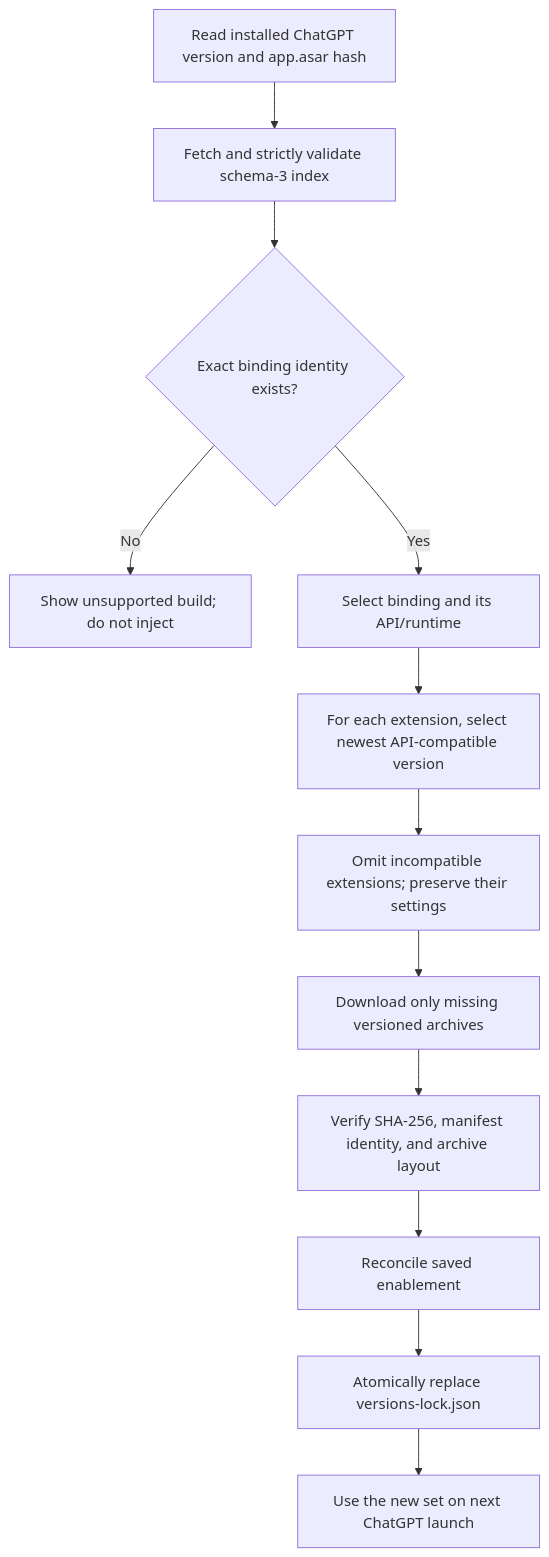
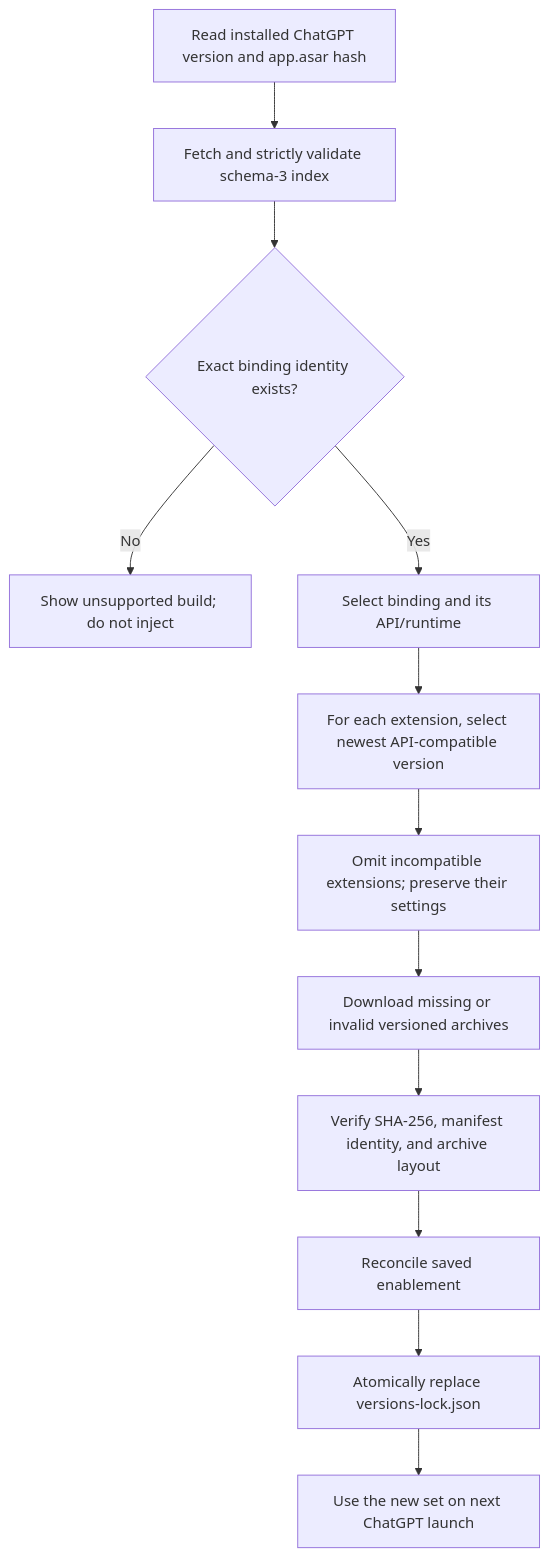
One commit to zats/chat-gpt-x changed the first of 2 diagrams in docs/component-updates.md. Above: the diagram before and after it, drawn with Mermaid. The commit also changed other lines of this file and 11 other files, not shown here.

````diff
--- a/docs/component-updates.md
+++ b/docs/component-updates.md
@@ -158,14 +160,14 @@
 ```mermaid
 flowchart TD
     A["Read installed ChatGPT version and app.asar hash"] --> B["Fetch and strictly validate schema-3 index"]
     B --> C{"Exact binding identity exists?"}
     C -- "No" --> U["Show unsupported build; do not inject"]
     C -- "Yes" --> D["Select binding and its API/runtime"]
     D --> E["For each extension, select newest API-compatible version"]
     E --> F["Omit incompatible extensions; preserve their settings"]
-    F --> G["Download only missing versioned archives"]
+    F --> G["Download missing or invalid versioned archives"]
     G --> H["Verify SHA-256, manifest identity, and archive layout"]
     H --> I["Reconcile saved enablement"]
     I --> J["Atomically replace versions-lock.json"]
     J --> K["Use the new set on next ChatGPT launch"]
 ```
````
